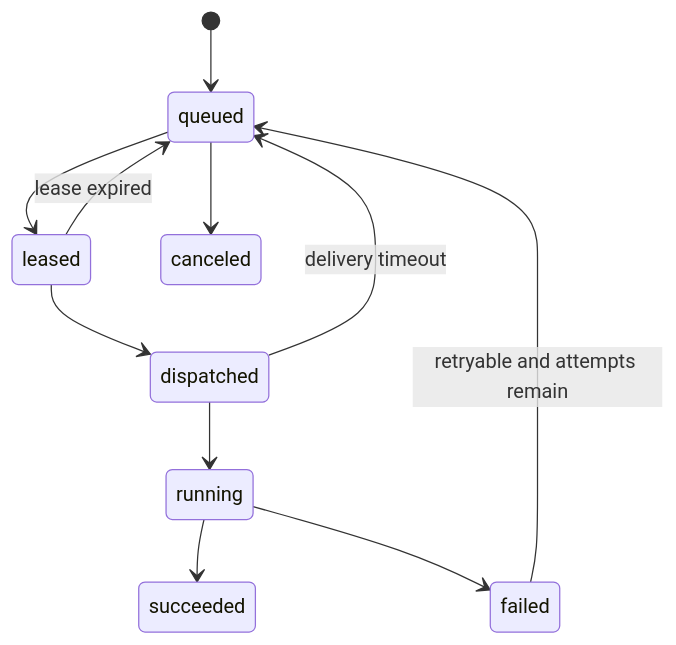
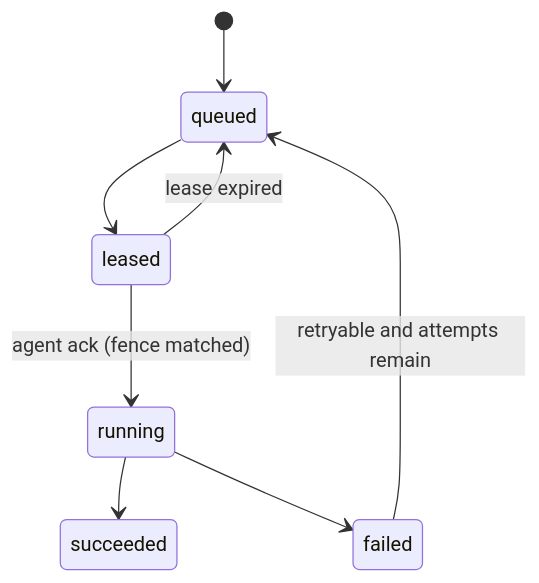
One commit to TEAMUNBI/GuGuManager changed the diagram in docs/design/04-domain-model.md. Above: the diagram before and after it, drawn with Mermaid. The commit also changed other lines of this file and 35 other files, not shown here.

````diff
--- a/docs/design/04-domain-model.md
+++ b/docs/design/04-domain-model.md
@@ -23,13 +23,10 @@
 ```mermaid
 stateDiagram-v2
     [*] --> queued
     queued --> leased
-    leased --> dispatched
-    dispatched --> running
+    leased --> running: agent ack (fence matched)
+    leased --> queued: lease expired
     running --> succeeded
     running --> failed
-    queued --> canceled
-    leased --> queued: lease expired
-    dispatched --> queued: delivery timeout
     failed --> queued: retryable and attempts remain
 ```
````
